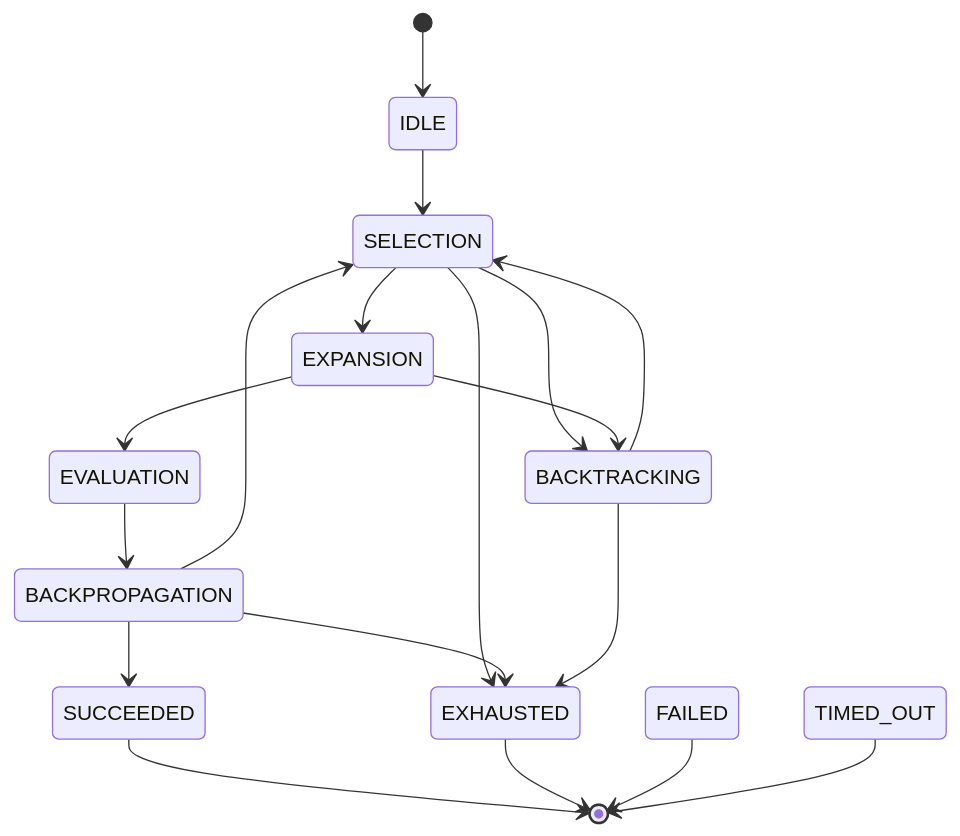
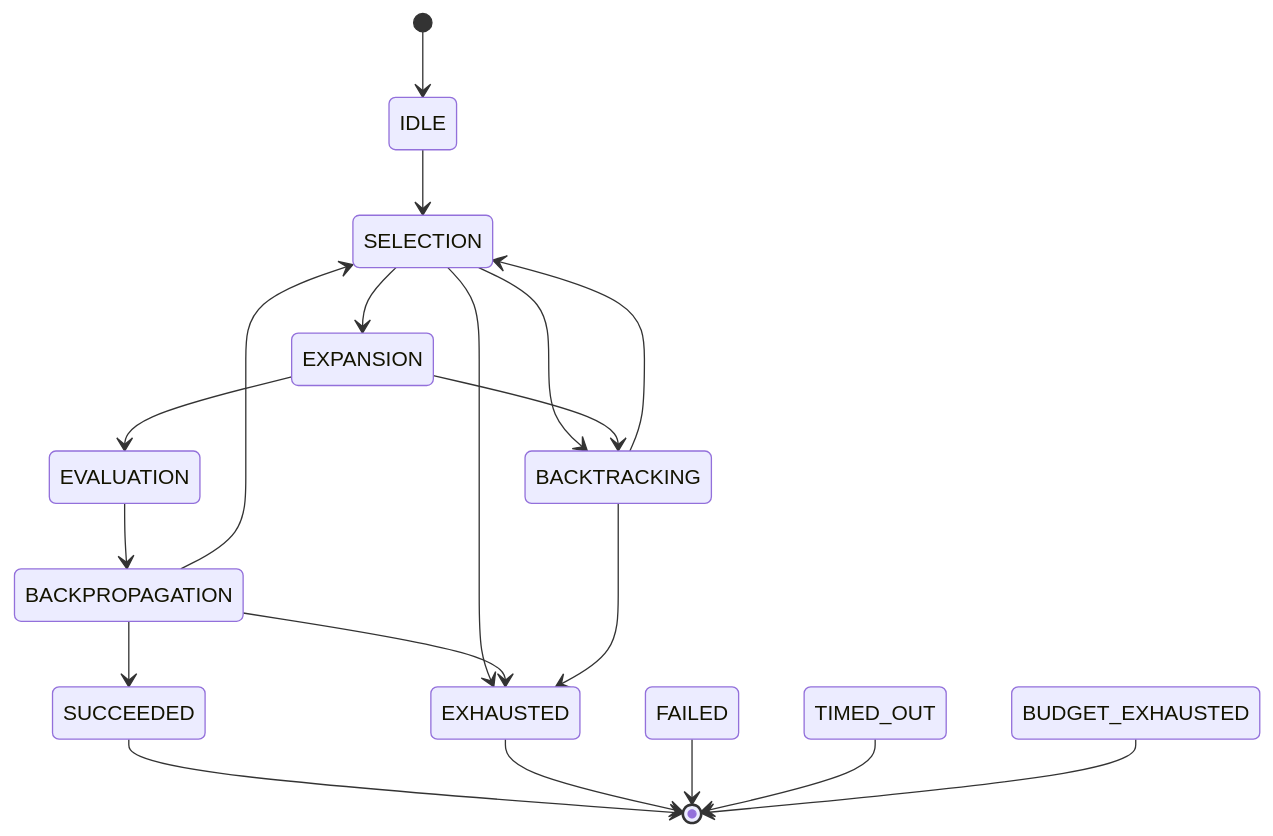
The second of 2 diagrams in README.md (Carlosmarroquin20/CognitiveTree-AI), drawn with Mermaid before and after one commit. The commit also changed other lines of this file and 14 other files, not shown here.

````diff
--- a/README.md
+++ b/README.md
@@ -59,20 +59,21 @@
 ```mermaid
 stateDiagram-v2
     [*] --> IDLE
     IDLE --> SELECTION
     SELECTION --> EXPANSION
     SELECTION --> BACKTRACKING
     SELECTION --> EXHAUSTED
     EXPANSION --> EVALUATION
     EXPANSION --> BACKTRACKING
     EVALUATION --> BACKPROPAGATION
     BACKPROPAGATION --> SELECTION
     BACKPROPAGATION --> SUCCEEDED
     BACKPROPAGATION --> EXHAUSTED
     BACKTRACKING --> SELECTION
     BACKTRACKING --> EXHAUSTED
     SUCCEEDED --> [*]
     EXHAUSTED --> [*]
     FAILED --> [*]
     TIMED_OUT --> [*]
+    BUDGET_EXHAUSTED --> [*]
 ```
````
